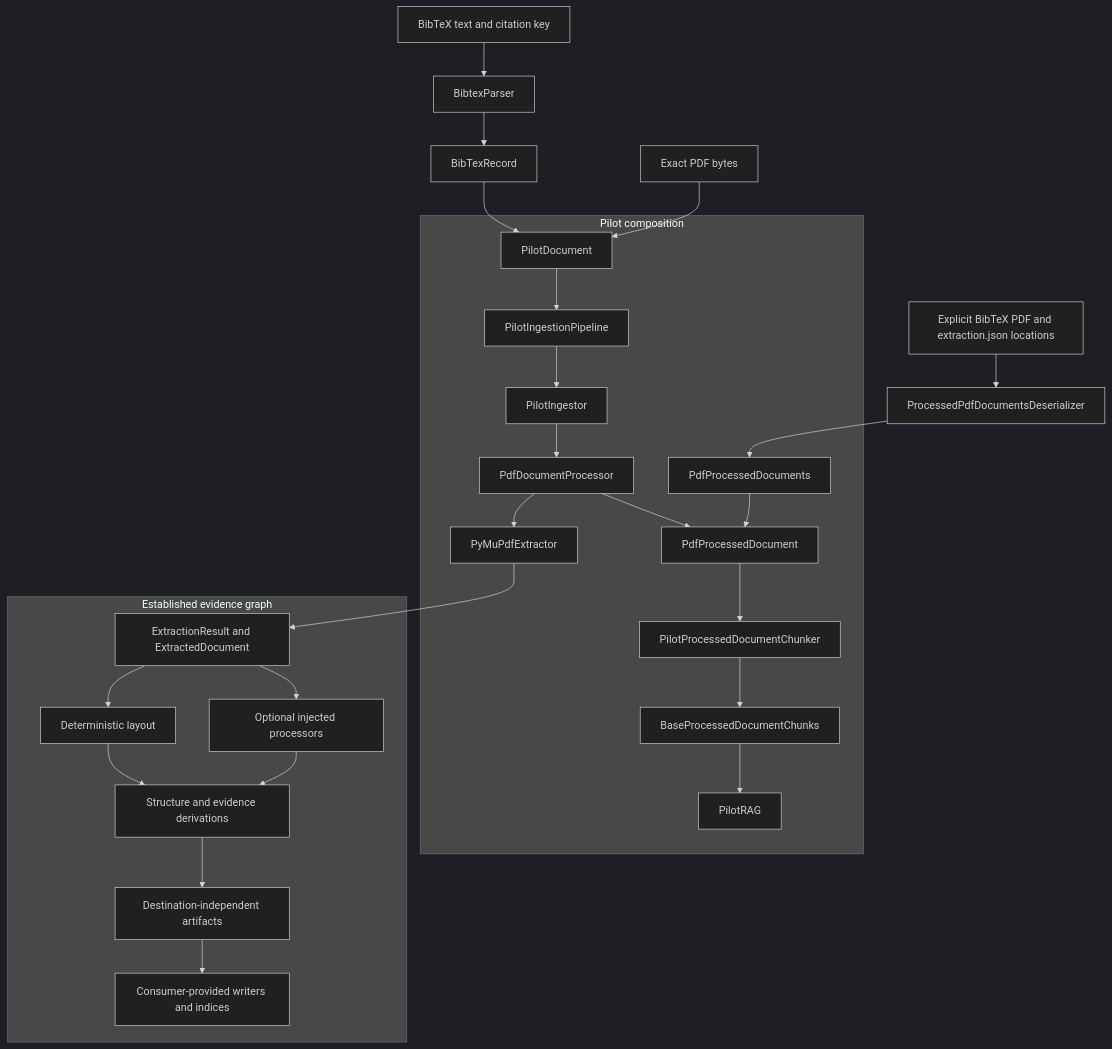
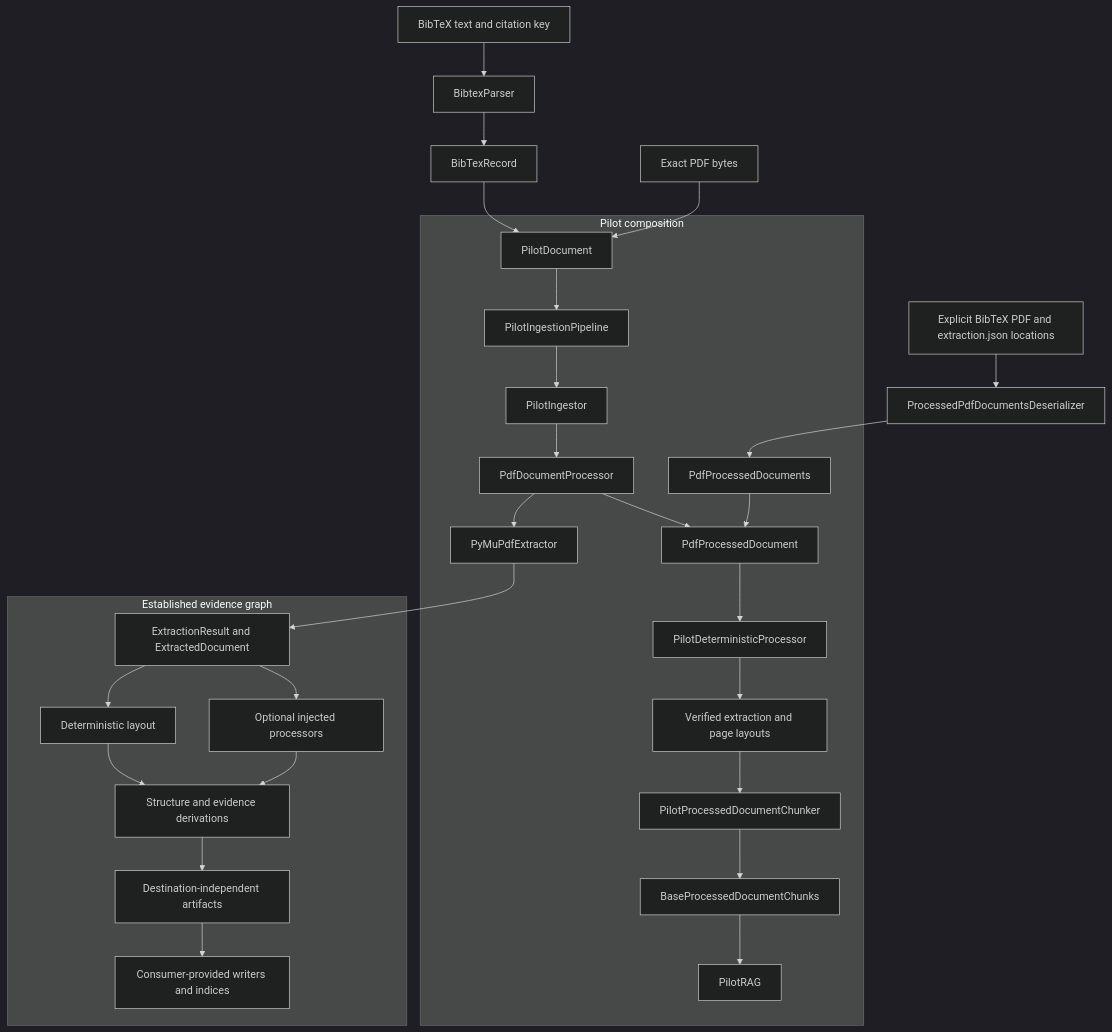
One commit to eragasa/projectkoios-ingestion changed the first of 3 diagrams in docs/architecture/ingestion/v0/architecture.md. Above: the diagram before and after it, drawn with Mermaid (dark theme). The commit also changed other lines of this file and 73 other files, not shown here.

````diff
--- a/docs/architecture/ingestion/v0/architecture.md
+++ b/docs/architecture/ingestion/v0/architecture.md
@@ -11,33 +11,35 @@
 ```mermaid
 flowchart TD
     Citation[BibTeX text and citation key] --> BibtexParser
     BibtexParser --> BibTexRecord
     BibTexRecord --> PilotDocument
     Bytes[Exact PDF bytes] --> PilotDocument
     Locations[Explicit BibTeX PDF and extraction.json locations]
     Locations --> CorpusLoader[ProcessedPdfDocumentsDeserializer]
     CorpusLoader --> Corpus[PdfProcessedDocuments]
 
     subgraph PilotComposition[Pilot composition]
         PilotDocument --> Pipeline[PilotIngestionPipeline]
         Pipeline --> Ingestor[PilotIngestor]
         Ingestor --> Processor[PdfDocumentProcessor]
         Processor --> Extractor[PyMuPdfExtractor]
         Processor --> Projection[PdfProcessedDocument]
         Corpus --> Projection
-        Projection --> Chunker[PilotProcessedDocumentChunker]
+        Projection --> DeterministicPilot[PilotDeterministicProcessor]
+        DeterministicPilot --> LayoutPrefix[Verified extraction and page layouts]
+        LayoutPrefix --> Chunker[PilotProcessedDocumentChunker]
         Chunker --> Chunks[BaseProcessedDocumentChunks]
         Chunks --> RAG[PilotRAG]
     end
 
     Extractor --> Raw[ExtractionResult and ExtractedDocument]
 
     subgraph EvidenceGraph[Established evidence graph]
         Raw --> Layout[Deterministic layout]
         Raw --> Injected[Optional injected processors]
         Layout --> Derivations[Structure and evidence derivations]
         Injected --> Derivations
         Derivations --> Artifacts[Destination-independent artifacts]
         Artifacts --> Consumers[Consumer-provided writers and indices]
     end
 ```
````
